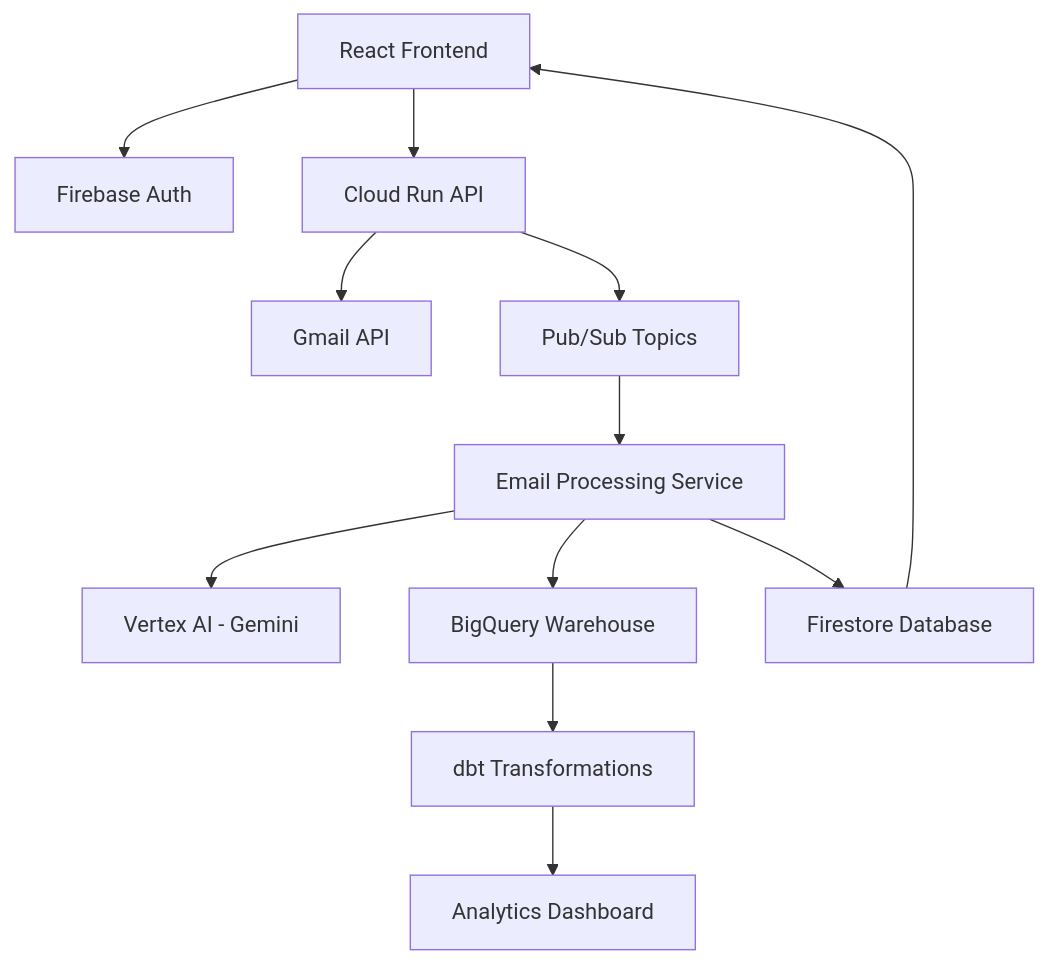
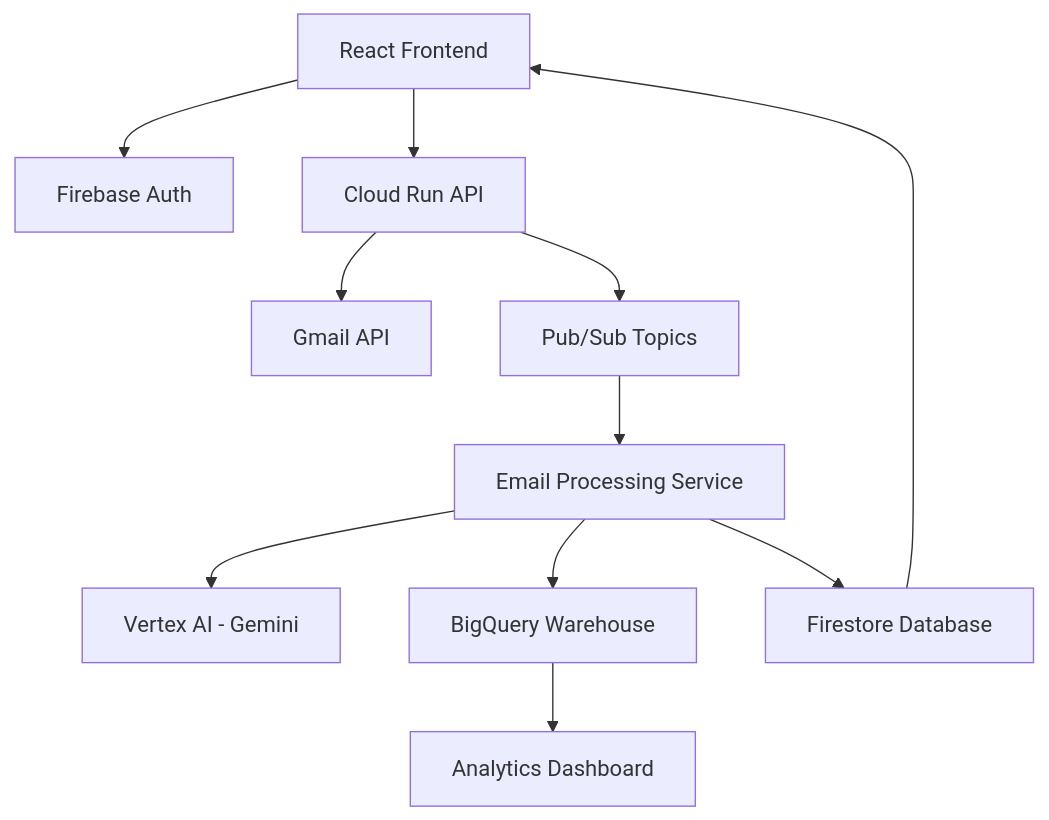
One commit to zichengalexzhao/onlyjobs changed the diagram in README.md. Above: the diagram before and after it, drawn with Mermaid.

````diff
--- a/README.md
+++ b/README.md
@@ -25,14 +25,13 @@
 ```mermaid
 graph TB
     A[React Frontend] --> B[Firebase Auth]
     A --> C[Cloud Run API]
     C --> D[Gmail API]
     C --> E[Pub/Sub Topics]
     E --> F[Email Processing Service]
     F --> G[Vertex AI - Gemini]
     F --> H[BigQuery Warehouse]
     F --> I[Firestore Database]
     I --> A
-    H --> J[dbt Transformations]
-    J --> K[Analytics Dashboard]
+    H --> J[Analytics Dashboard]
 ```
````
